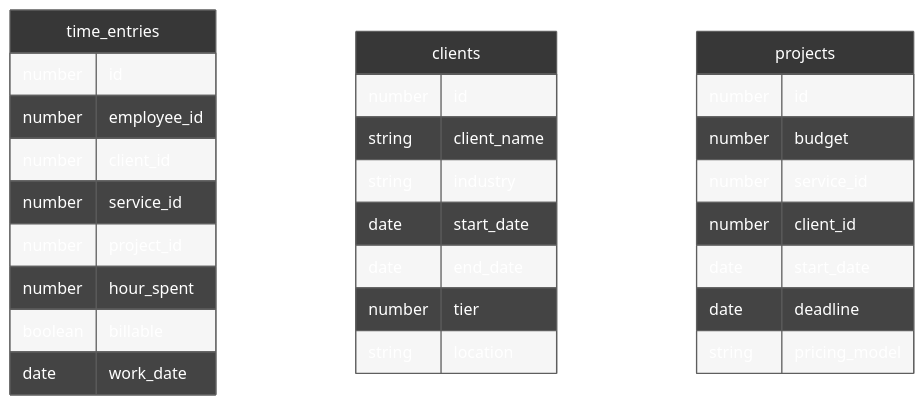
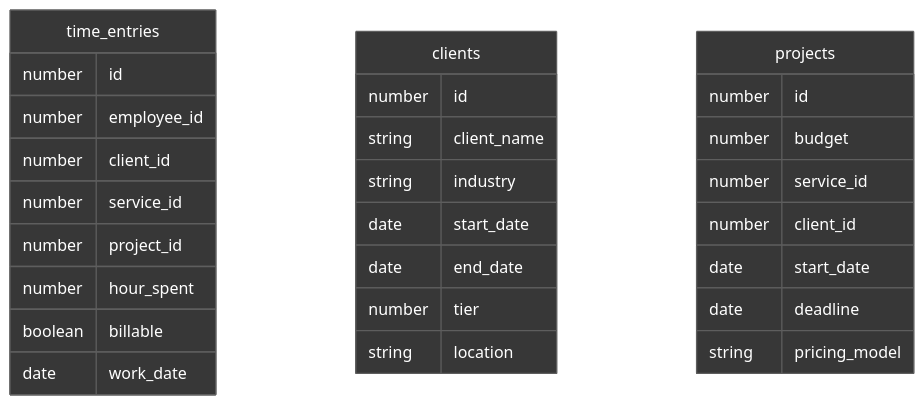
Before and after one commit to leanghengou/margin-hub: the second of 3 diagrams in readme.md, drawn with Mermaid. The commit also changed other lines of this file, not shown here.

````diff
--- a/readme.md
+++ b/readme.md
@@ -90,32 +90,32 @@
 ```mermaid
-%%{init: {'theme':'base','themeVariables':{'primaryColor':'#373737','primaryTextColor':'#ffffff','primaryBorderColor':'#5e5e5e','lineColor':'#5e5e5e','tertiaryColor':'#373737','attributeBackgroundColorOdd':'#373737','attributeBackgroundColorEven':'#373737','fontFamily':'monospace'}}}%%
+%%{init: {'theme':'base','themeVariables':{'primaryColor':'#373737','primaryTextColor':'#ffffff','primaryBorderColor':'#5e5e5e','lineColor':'#5e5e5e','tertiaryColor':'#373737','attributeBackgroundColorOdd':'#373737','attributeBackgroundColorEven':'#373737','rowOdd':'#373737','rowEven':'#373737','textColor':'#ffffff','nodeTextColor':'#ffffff','fontFamily':'monospace'}}}%%
 erDiagram
     time_entries {
         number id
         number employee_id
         number client_id
         number service_id
         number project_id
         number hour_spent
         boolean billable
         date work_date
     }
     clients {
         number id
         string client_name
         string industry
         date start_date
         date end_date
         number tier
         string location
     }
     projects {
         number id
         number budget
         number service_id
         number client_id
         date start_date
         date deadline
         string pricing_model
     }
 ```
````
